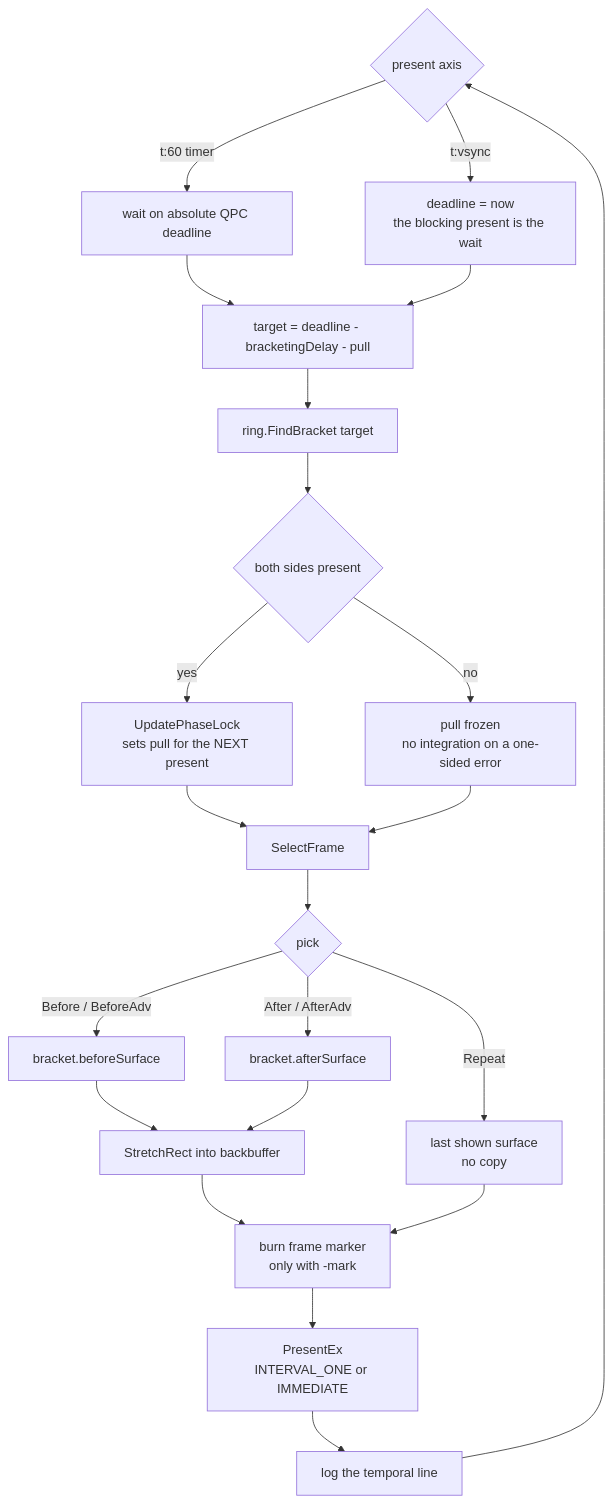
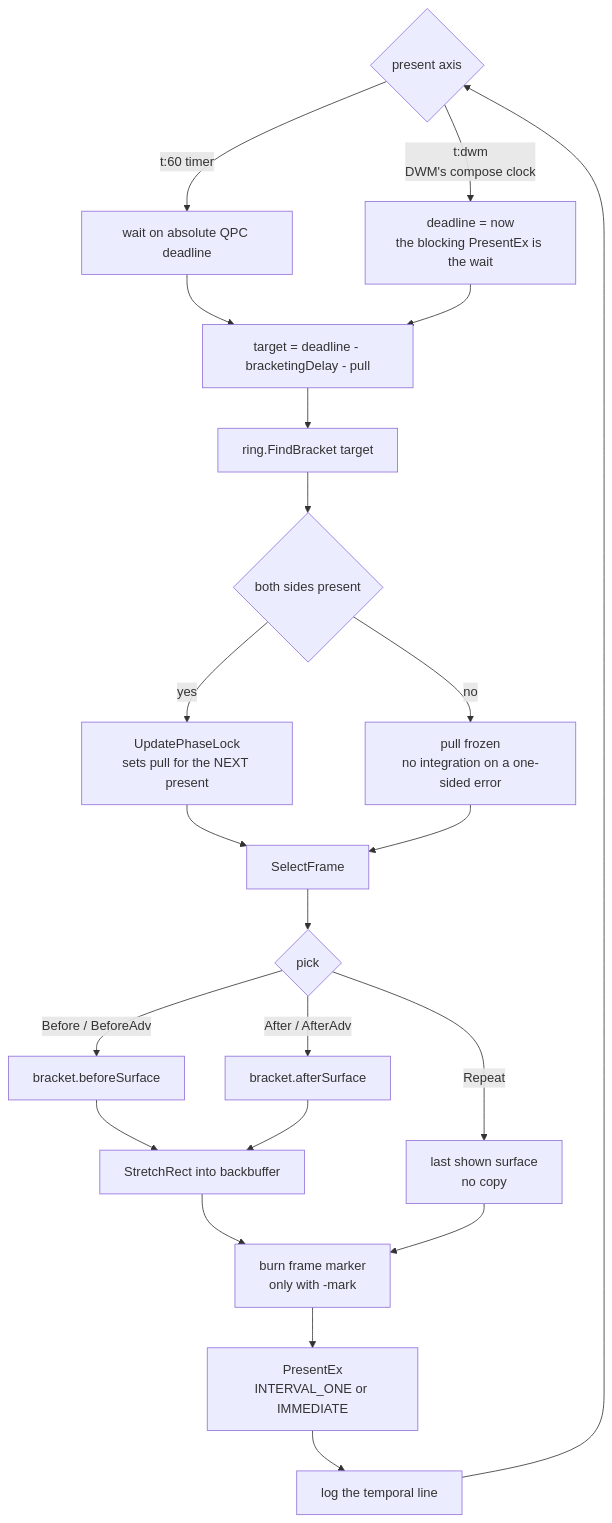
One commit to garrettsparks/nvfbc-relay changed the third of 4 diagrams in README.md. Above: the diagram before and after it, drawn with Mermaid. The commit also changed other lines of this file and 3 other files, not shown here.

Commit message:
rename t:vsync to t:dwm for consistency

````diff
--- a/README.md
+++ b/README.md
@@ -325,25 +325,25 @@
 ```mermaid
 flowchart TD
     A{"present axis"}
     A -- "t:60 timer" --> B["wait on absolute QPC deadline"]
-    A -- "t:vsync" --> C["deadline = now<br/>the blocking present is the wait"]
+    A -- "t:dwm<br/>DWM's compose clock" --> C["deadline = now<br/>the blocking PresentEx is the wait"]
     B --> D["target = deadline - bracketingDelay - pull"]
     C --> D
     D --> E["ring.FindBracket target"]
     E --> F{"both sides present"}
     F -- "yes" --> G["UpdatePhaseLock<br/>sets pull for the NEXT present"]
     F -- "no" --> H["pull frozen<br/>no integration on a one-sided error"]
     G --> I["SelectFrame"]
     H --> I
     I --> J{"pick"}
     J -- "Before / BeforeAdv" --> K["bracket.beforeSurface"]
     J -- "After / AfterAdv" --> L["bracket.afterSurface"]
     J -- "Repeat" --> M["last shown surface<br/>no copy"]
     K --> N["StretchRect into backbuffer"]
     L --> N
     N --> O["burn frame marker<br/>only with -mark"]
     M --> O
     O --> P["PresentEx<br/>INTERVAL_ONE or IMMEDIATE"]
     P --> Q["log the temporal line"]
     Q --> A
 ```
````
